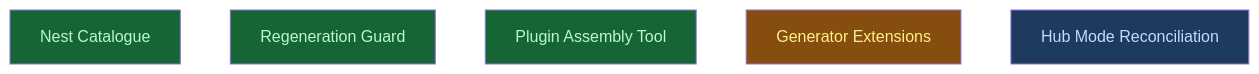
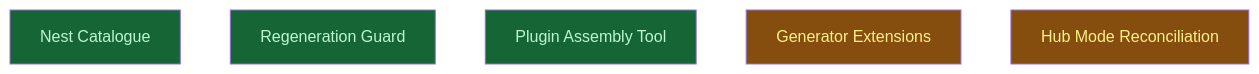
Before and after one commit to CrackingShells/cracking-shells-playbook: the diagram in __roadmap__/agent_plugin_nest/README.md, drawn with Mermaid. The commit also changed other lines of this file and 2 other files, not shown here.

````diff
--- a/__roadmap__/agent_plugin_nest/README.md
+++ b/__roadmap__/agent_plugin_nest/README.md
@@ -37,13 +37,13 @@
 ```mermaid
 graph TD
     nest_catalogue[Nest Catalogue]:::done
     regeneration_guard[Regeneration Guard]:::done
     plugin_assembly_tool[Plugin Assembly Tool]:::done
     generator[Generator Extensions]:::inprogress
-    hub_mode_reconciliation[Hub Mode Reconciliation]:::amendment
+    hub_mode_reconciliation[Hub Mode Reconciliation]:::inprogress
     classDef done       fill:#166534,color:#bbf7d0
     classDef inprogress fill:#854d0e,color:#fef08a
     classDef planned    fill:#374151,color:#e5e7eb
     classDef amendment  fill:#1e3a5f,color:#bfdbfe
     classDef blocked    fill:#7f1d1d,color:#fecaca
 ```
````
